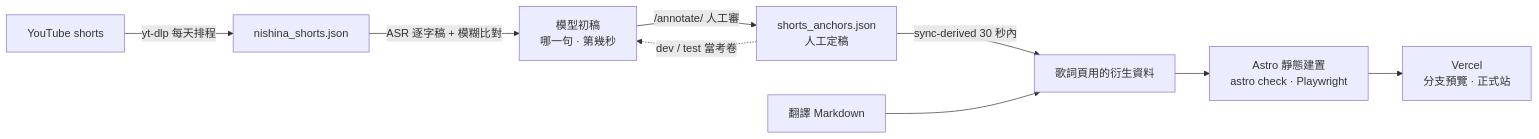
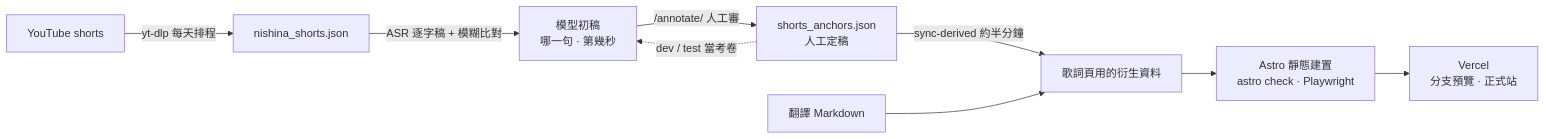
One commit to dereknir/NCA changed the diagram in README.md. Above: the diagram before and after it, drawn with Mermaid. The commit also changed other lines of this file, not shown here.

Commit message:
docs: README 數字與說法改準 (shorts 組成、初稿採用率怎麼量、截圖說明)

````diff
--- a/README.md
+++ b/README.md
@@ -23,11 +23,11 @@
 ```mermaid
 flowchart LR
   YT[YouTube shorts] -->|yt-dlp 每天排程| RAW[nishina_shorts.json]
   RAW -->|ASR 逐字稿 + 模糊比對| AUTO[模型初稿<br/>哪一句 · 第幾秒]
   AUTO -->|/annotate/ 人工審| GOLD[shorts_anchors.json<br/>人工定稿]
   GOLD -.->|dev / test 當考卷| AUTO
-  GOLD -->|sync-derived 30 秒內| DER[歌詞頁用的衍生資料]
+  GOLD -->|sync-derived 約半分鐘| DER[歌詞頁用的衍生資料]
   MD[翻譯 Markdown] --> DER
   DER --> ASTRO[Astro 靜態建置<br/>astro check · Playwright]
   ASTRO --> V[Vercel<br/>分支預覽 · 正式站]
 ```
````
